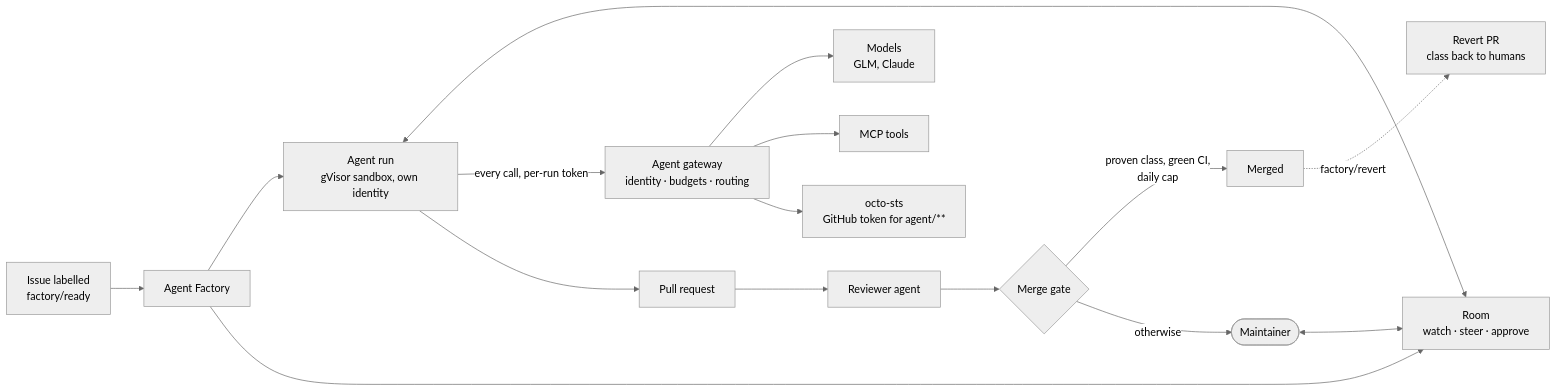
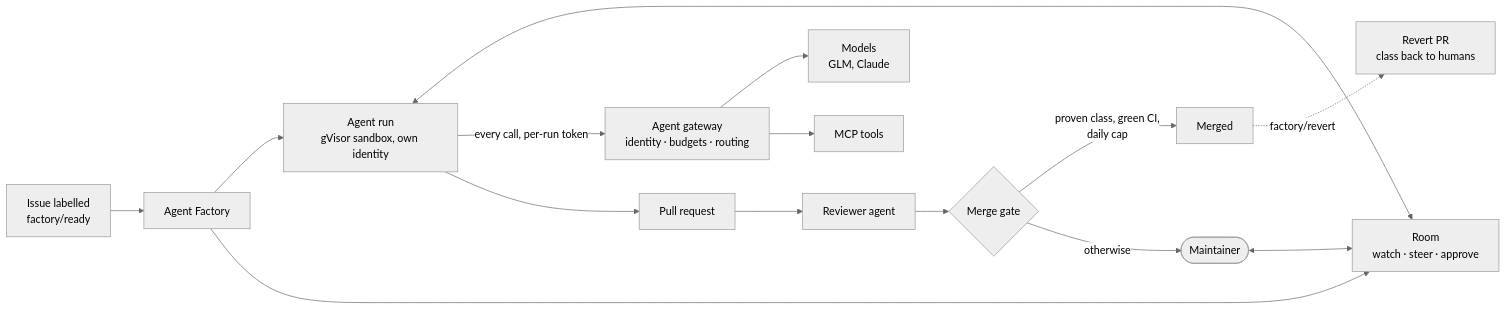
Before and after one commit to Smana/ai-native-ref: the diagram in README.md, drawn with Mermaid (neutral theme). The commit also changed 49 other files, not shown here.

First line of the commit message:
chore(agent-runs): remove octo-sts and room-broker-ca (#385)

````diff
--- a/README.md
+++ b/README.md
@@ -69,16 +69,15 @@
 ```mermaid
 flowchart LR
   issue["Issue labelled<br/>factory/ready"] --> factory["Agent Factory"]
   factory --> run["Agent run<br/>gVisor sandbox, own identity"]
   factory --> room["Room<br/>watch · steer · approve"]
   human(["Maintainer"]) <--> room
   run <--> room
   run -->|"every call, per-run token"| gw["Agent gateway<br/>identity · budgets · routing"]
   gw --> models["Models<br/>GLM, Claude"]
   gw --> tools["MCP tools"]
-  gw --> sts["octo-sts<br/>GitHub token for agent/**"]
   run --> pr["Pull request"] --> review["Reviewer agent"] --> gate{"Merge gate"}
   gate -->|"proven class, green CI,<br/>daily cap"| merged["Merged"]
   gate -->|"otherwise"| human
   merged -.->|"factory/revert"| revert["Revert PR<br/>class back to humans"]
 ```
````
